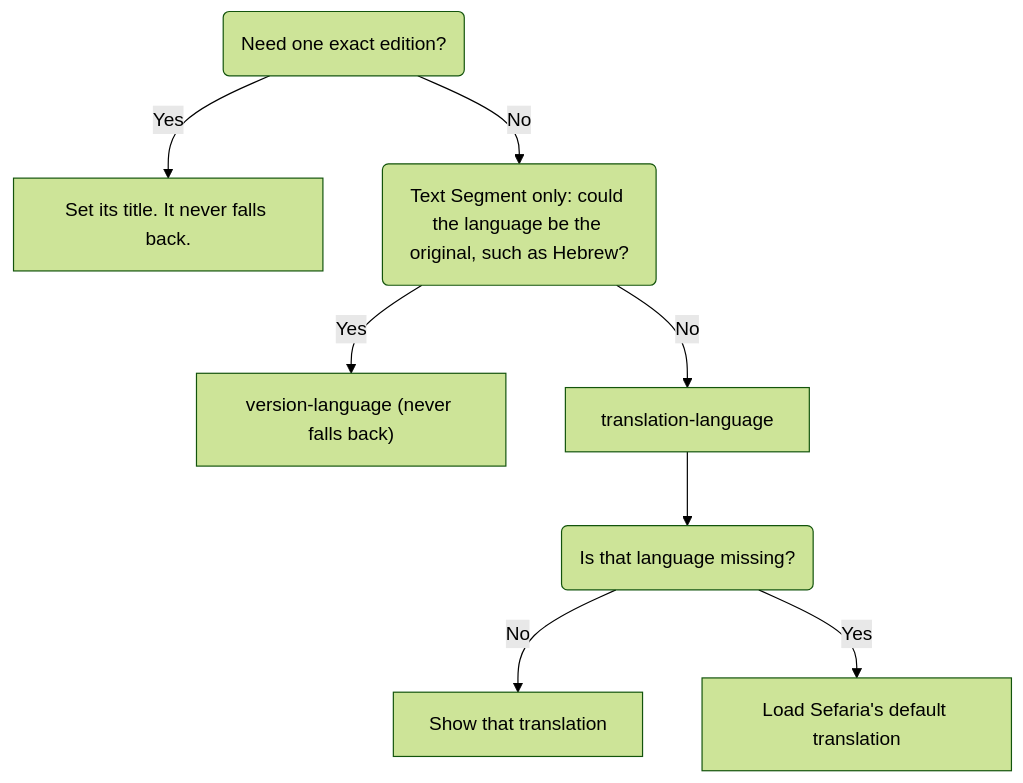
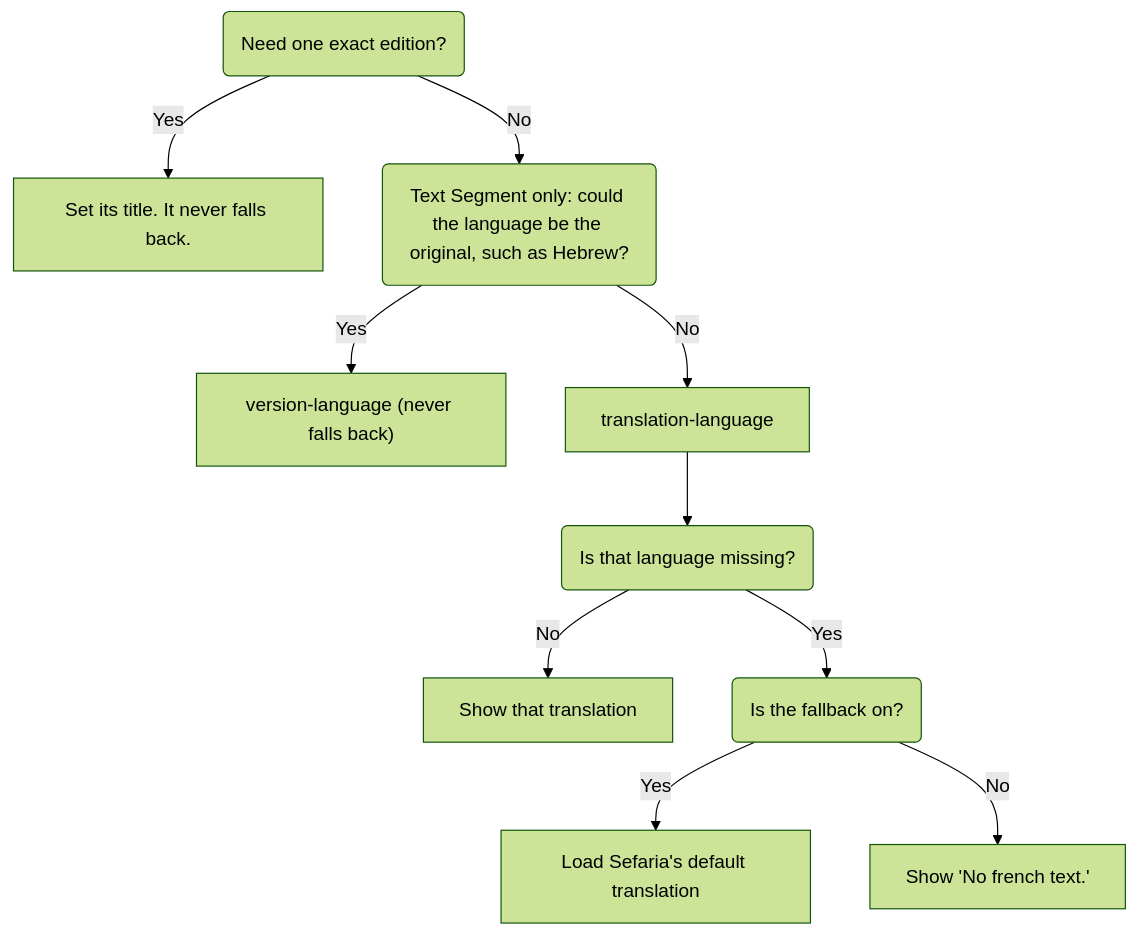
Before and after one commit to Arithmomaniac/sefaria-frontend-toolkit: the diagram in docs/across-components/choose-what-text-readers-see.md, drawn with Mermaid (forest theme). The commit also changed other lines of this file and 4 other files, not shown here.

First line of the commit message:
docs: B4, B5, B6, B20 for one-name attribution and translation-fallback

````diff
--- a/docs/across-components/choose-what-text-readers-see.md
+++ b/docs/across-components/choose-what-text-readers-see.md
@@ -30,10 +30,12 @@
 ```mermaid
 flowchart TD
   Q1("Need one exact edition?") -->|Yes| A1["Set its title. It never falls back."]
   Q1 -->|No| Q2("Text Segment only: could the language be the original, such as Hebrew?")
   Q2 -->|Yes| A2["version-language (never falls back)"]
   Q2 -->|No| A3["translation-language"]
   A3 --> Q3("Is that language missing?")
   Q3 -->|No| A4["Show that translation"]
-  Q3 -->|Yes| A5["Load Sefaria's default translation"]
+  Q3 -->|Yes| Q4("Is the fallback on?")
+  Q4 -->|Yes| A5["Load Sefaria's default translation"]
+  Q4 -->|No| A6["Show 'No french text.'"]
 ```
````
